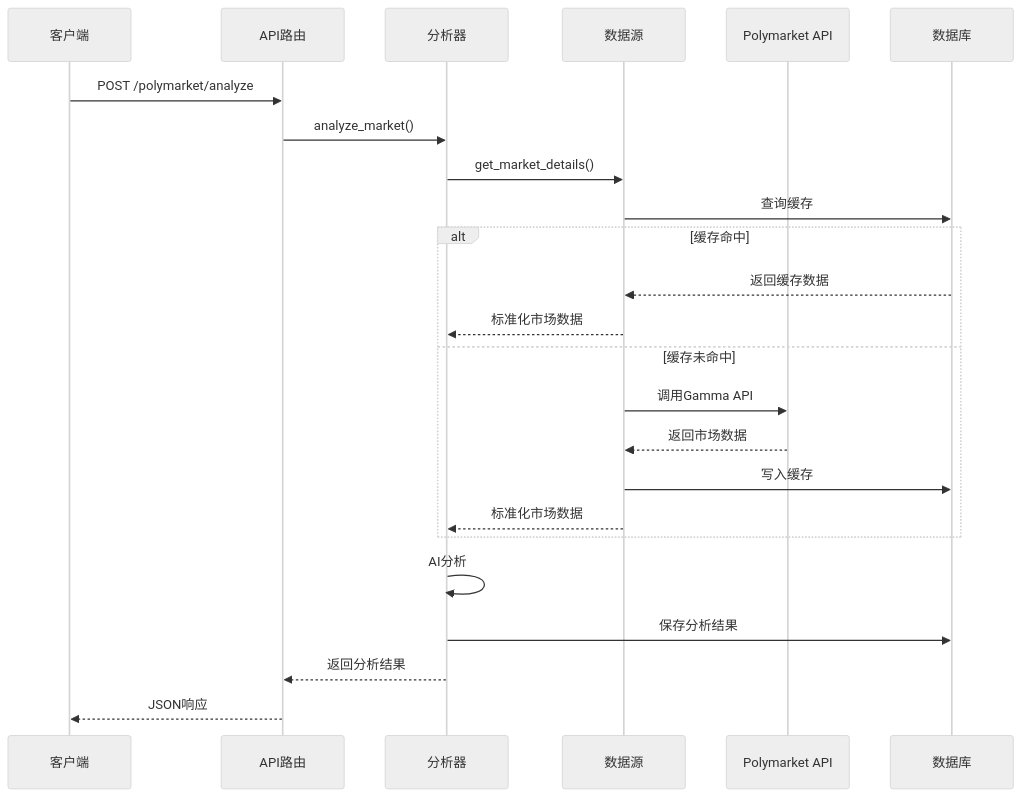
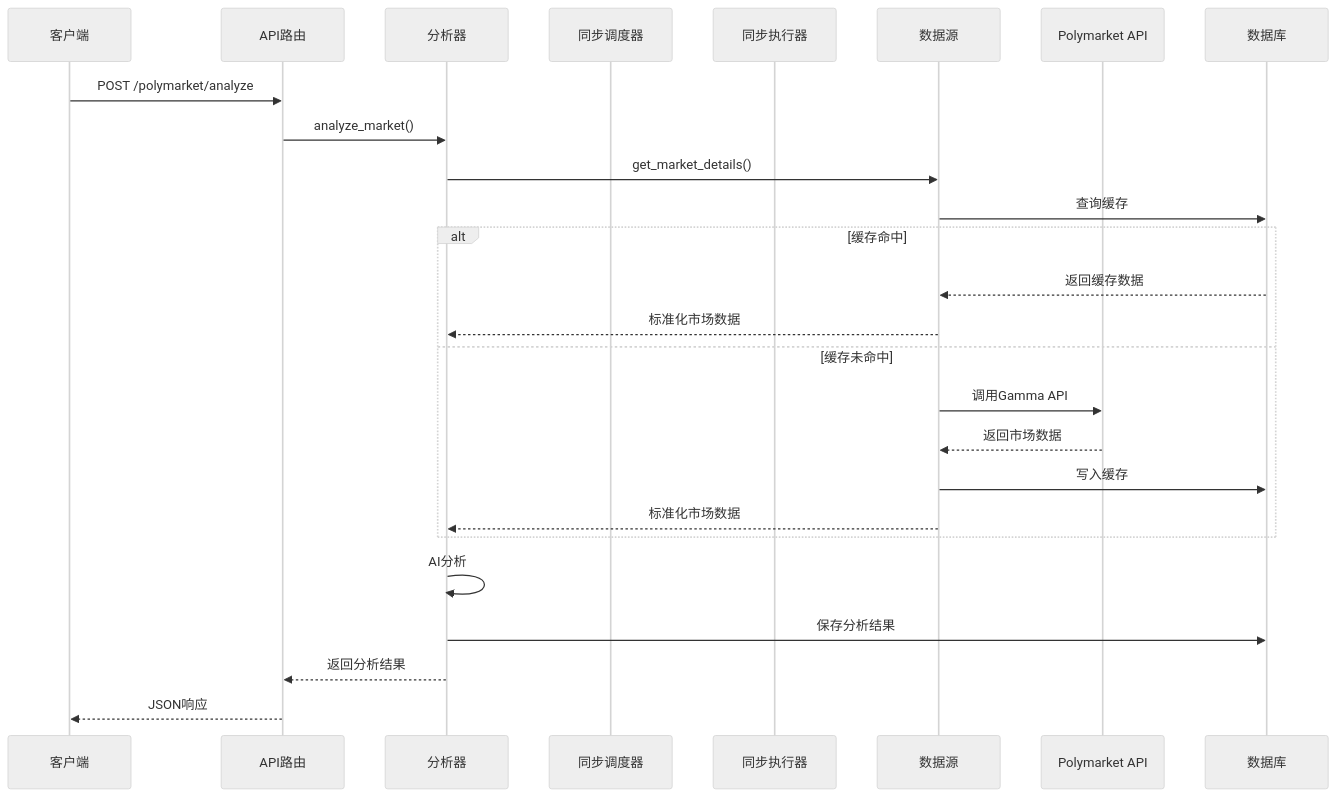
The second of 12 diagrams in .qoder/repowiki/zh/content/数据管理系统/数据源适配器/Polymarket预测市场数据集成.md (joezxh/QuantDinger), drawn with Mermaid (neutral theme) before and after one commit. The commit also changed other lines of this file and 71 other files, not shown here.

````diff
--- a/.qoder/repowiki/zh/content/数据管理系统/数据源适配器/Polymarket预测市场数据集成.md
+++ b/.qoder/repowiki/zh/content/数据管理系统/数据源适配器/Polymarket预测市场数据集成.md
@@ -121,26 +154,28 @@
 ```mermaid
 sequenceDiagram
 participant Client as 客户端
 participant API as API路由
 participant Analyzer as 分析器
+participant Scheduler as 同步调度器
+participant Executor as 同步执行器
 participant DataSource as 数据源
 participant Polymarket as Polymarket API
 participant DB as 数据库
 Client->>API : POST /polymarket/analyze
 API->>Analyzer : analyze_market()
 Analyzer->>DataSource : get_market_details()
 DataSource->>DB : 查询缓存
 alt 缓存命中
 DB-->>DataSource : 返回缓存数据
 DataSource-->>Analyzer : 标准化市场数据
 else 缓存未命中
 DataSource->>Polymarket : 调用Gamma API
 Polymarket-->>DataSource : 返回市场数据
 DataSource->>DB : 写入缓存
 DataSource-->>Analyzer : 标准化市场数据
 end
 Analyzer->>Analyzer : AI分析
 Analyzer->>DB : 保存分析结果
 Analyzer-->>API : 返回分析结果
 API-->>Client : JSON响应
 ```
````
